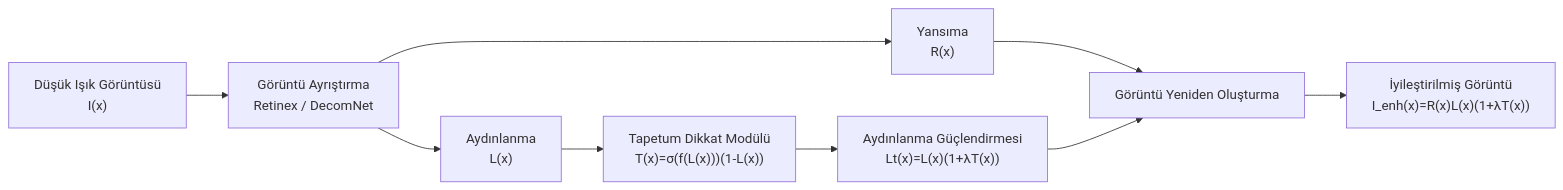
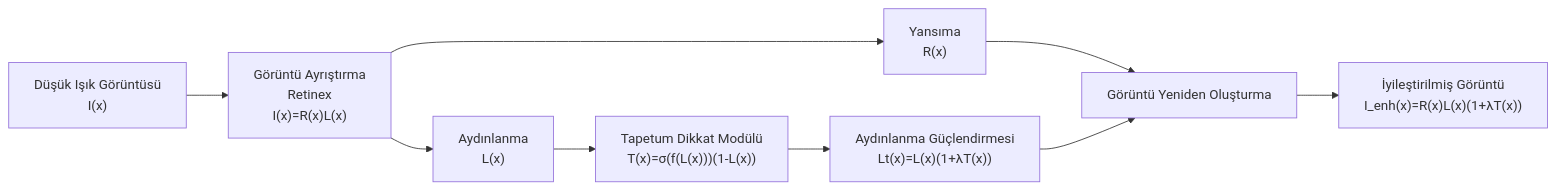
Before and after one commit to muratdelen/TAPETUM: the fourth of 6 diagrams in README_TR.md, drawn with Mermaid. The commit also changed other lines of this file, not shown here.

````diff
--- a/README_TR.md
+++ b/README_TR.md
@@ -166,27 +157,28 @@
 ```mermaid
 flowchart LR
 
 A["Düşük Işık Görüntüsü
 I(x)"]
 
 A --> B["Görüntü Ayrıştırma
-Retinex / DecomNet"]
+Retinex
+I(x)=R(x)L(x) "]
 
 B --> C["Yansıma
 R(x)"]
 
 B --> D["Aydınlanma
 L(x)"]
 
 D --> E["Tapetum Dikkat Modülü
 T(x)=σ(f(L(x)))(1-L(x))"]
 
 E --> F["Aydınlanma Güçlendirmesi
 Lt(x)=L(x)(1+λT(x))"]
 
 C --> G["Görüntü Yeniden Oluşturma"]
 F --> G
 
 G --> H["İyileştirilmiş Görüntü
 I_enh(x)=R(x)L(x)(1+λT(x))"]
 ```
````
